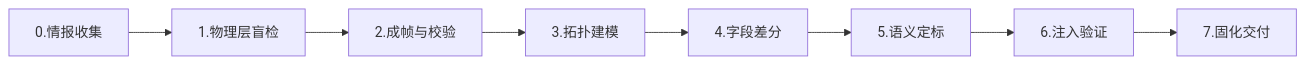
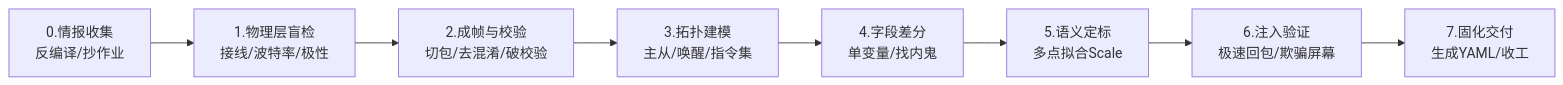
One commit to bomb632/protocol-reverse-engineering-guide changed the diagram in README.md. Above: the diagram before and after it, drawn with Mermaid. The commit also changed other lines of this file and 2 other files, not shown here.

````diff
--- a/README.md
+++ b/README.md
@@ -50,10 +56,10 @@
 ```mermaid
 flowchart LR
-    P0[0.情报收集] --> P1[1.物理层盲检]
-    P1 --> P2[2.成帧与校验]
-    P2 --> P3[3.拓扑建模]
-    P3 --> P4[4.字段差分]
-    P4 --> P5[5.语义定标]
-    P5 --> P6[6.注入验证]
-    P6 --> P7[7.固化交付]
+    P0[0.情报收集<br/>反编译/抄作业] --> P1[1.物理层盲检<br/>接线/波特率/极性]
+    P1 --> P2[2.成帧与校验<br/>切包/去混淆/破校验]
+    P2 --> P3[3.拓扑建模<br/>主从/唤醒/指令集]
+    P3 --> P4[4.字段差分<br/>单变量/找内鬼]
+    P4 --> P5[5.语义定标<br/>多点拟合Scale]
+    P5 --> P6[6.注入验证<br/>极速回包/欺骗屏幕]
+    P6 --> P7[7.固化交付<br/>生成YAML/收工]
 ```
````
